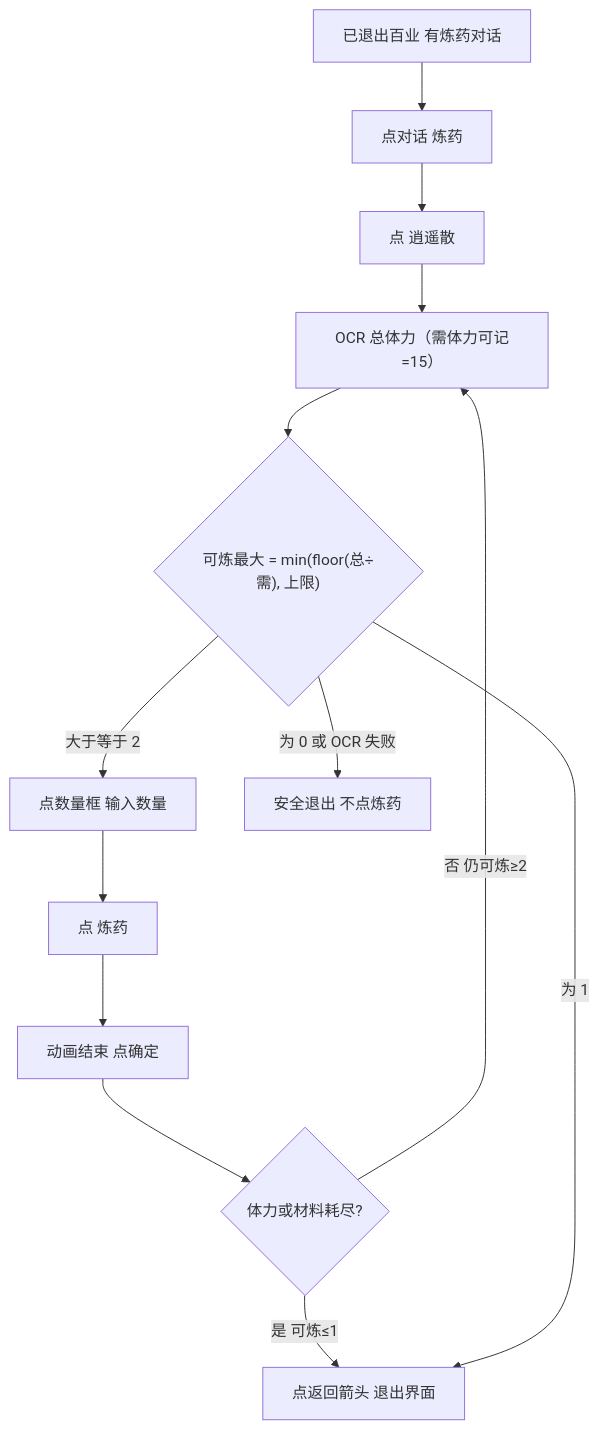
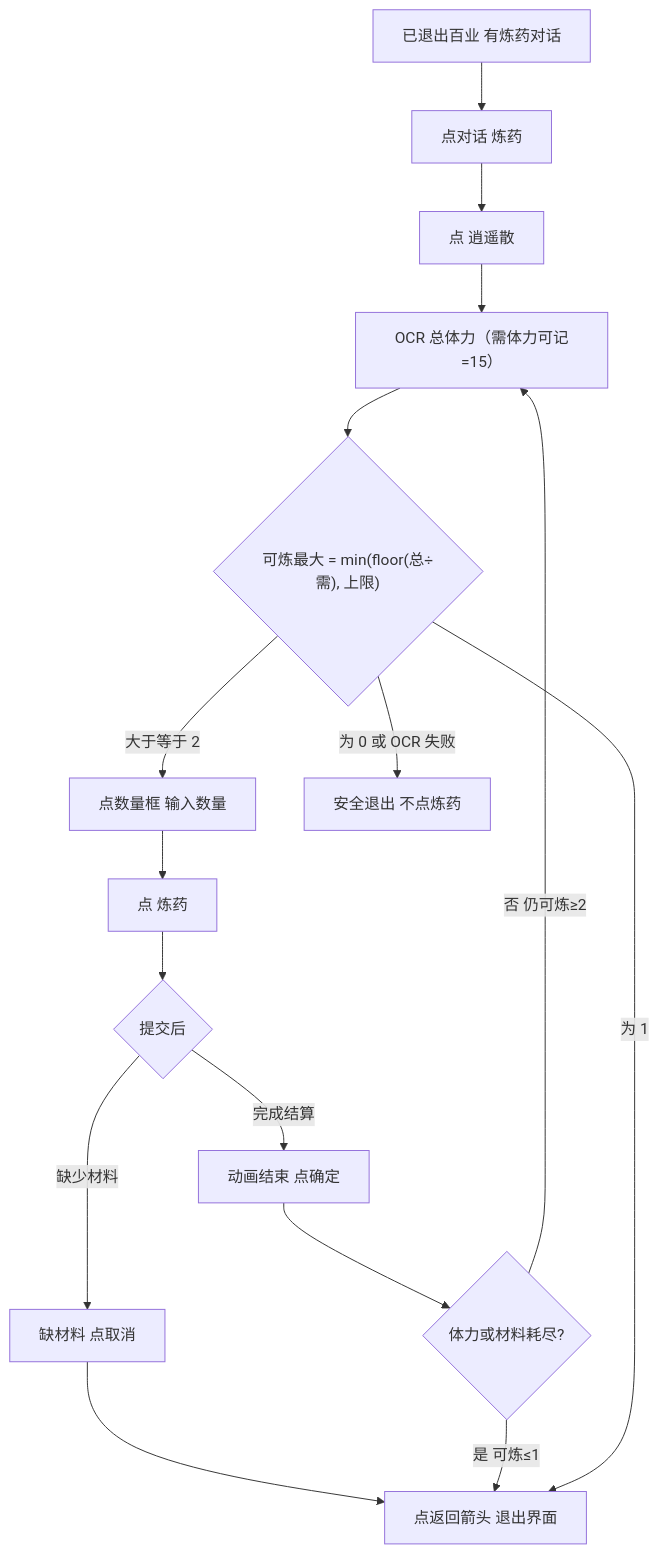
The diagram in docs/zh_cn/炼药.md (82488059/MAAJN), drawn with Mermaid before and after one commit. The commit also changed other lines of this file and 5 other files, not shown here.

````diff
--- a/docs/zh_cn/炼药.md
+++ b/docs/zh_cn/炼药.md
@@ -70,20 +70,24 @@
 ```mermaid
 flowchart TD
   start["已退出百业 有炼药对话"]
   talk["点对话 炼药"]
   pick["点 逍遥散"]
   ocr["OCR 总体力（需体力可记=15）"]
   qty{"可炼最大 = min(floor(总÷需), 上限)"}
   pad["点数量框 输入数量"]
   craft["点 炼药"]
+  after{"提交后"}
   done["动画结束 点确定"]
+  miss["缺材料 点取消"]
   left{"体力或材料耗尽?"}
   exitUI["点返回箭头 退出界面"]
   safe["安全退出 不点炼药"]
   start --> talk --> pick --> ocr --> qty
-  qty -->|大于等于 2| pad --> craft --> done --> left
+  qty -->|大于等于 2| pad --> craft --> after
+  after -->|完成结算| done --> left
+  after -->|缺少材料| miss --> exitUI
   left -->|否 仍可炼≥2| ocr
   left -->|是 可炼≤1| exitUI
   qty -->|为 1| exitUI
   qty -->|为 0 或 OCR 失败| safe
 ```
````
